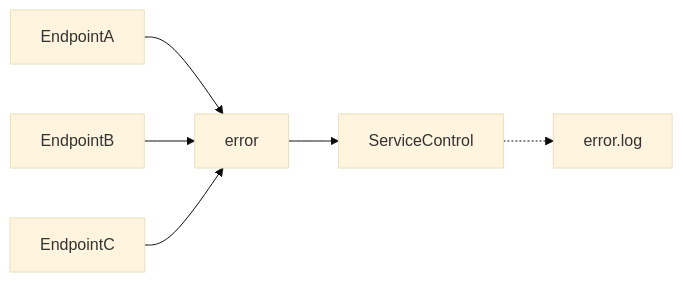
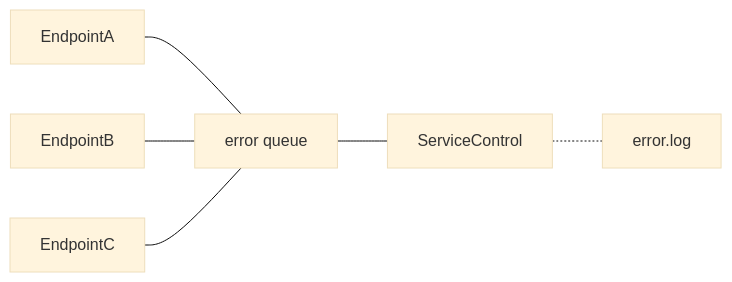
The second of 2 diagrams in servicecontrol/integration/index.md (Particular/docs.particular.net), drawn with Mermaid (base theme) before and after one commit. The commit also changed other lines of this file, not shown here.

````diff
--- a/servicecontrol/integration/index.md
+++ b/servicecontrol/integration/index.md
@@ -34,11 +35,11 @@
    ```mermaid
    graph LR
 
-   EndpointA --> ErrorQ 
-   EndpointB --> ErrorQ
-   EndpointC --> ErrorQ
+   EndpointA --- ErrorQ
+   EndpointB --- ErrorQ
+   EndpointC --- ErrorQ
 
-   ErrorQ[error] --> ServiceControl 
+   ErrorQ[error queue] --- ServiceControl
 
-   ServiceControl .-> ErrorLog[error.log]
+   ServiceControl .- ErrorLog[error.log]
    ```
````
